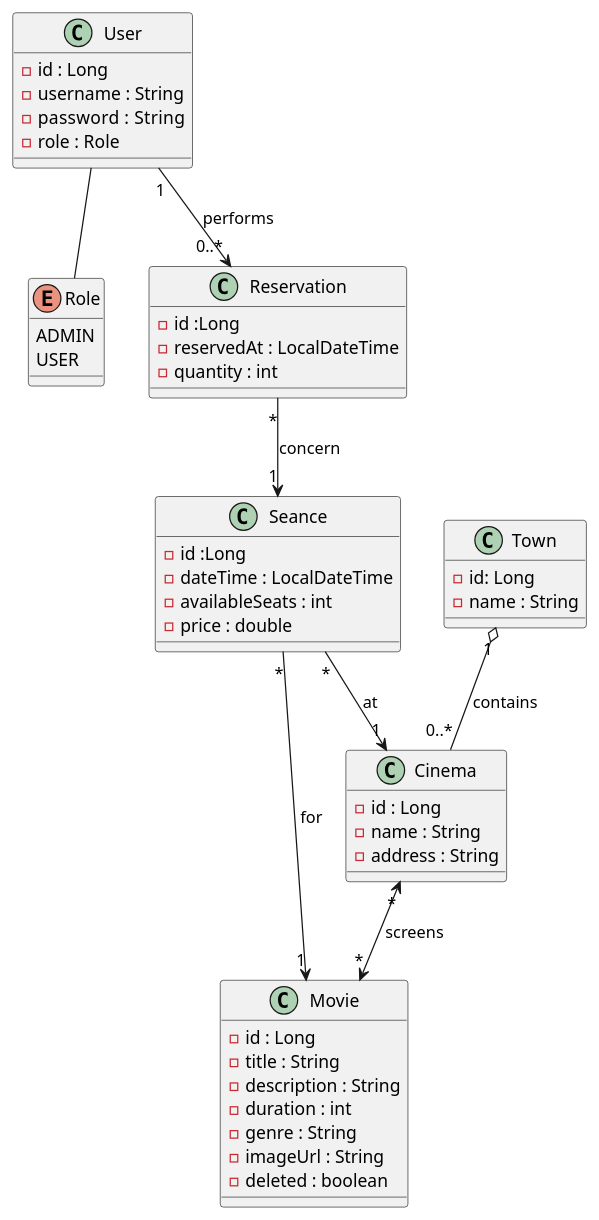
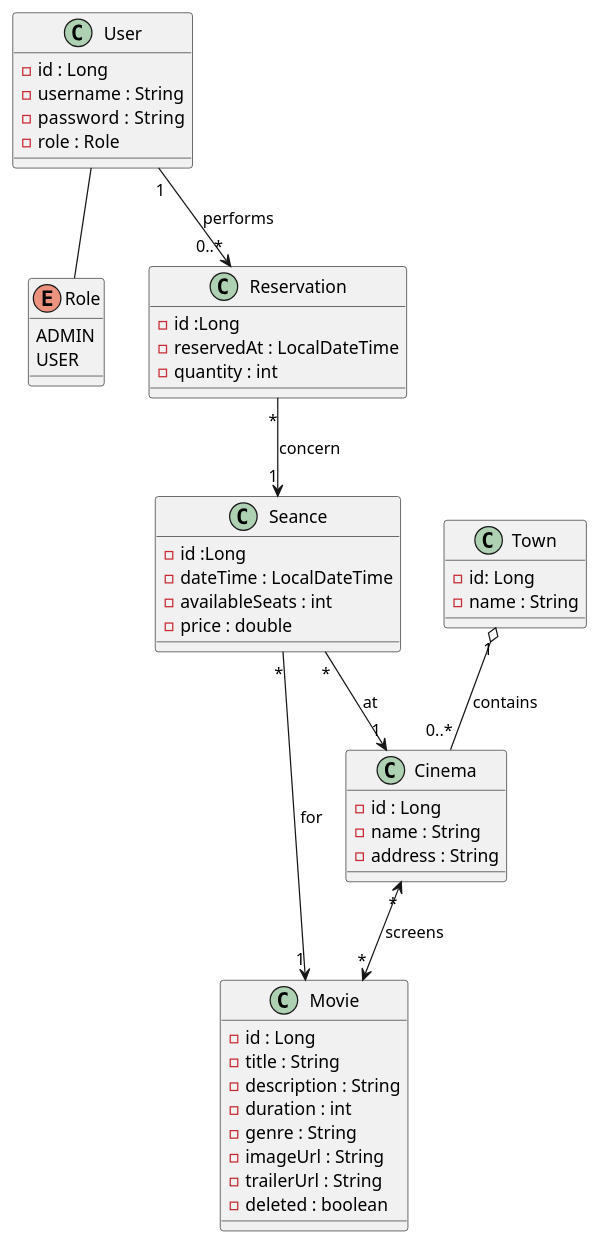
One commit to john7440/Distopia changed the diagram in docs/02 - Class/Class.puml. Above: the diagram before and after it, drawn with PlantUML. The commit also changed 1 other file, not shown here.

Commit message:
ajout de l'attribut trailerUrl a Movie

```diff
--- a/docs/02 - Class/Class.puml
+++ b/docs/02 - Class/Class.puml
@@ -1,59 +1,60 @@
 @startuml
 
 enum Role {
   ADMIN
   USER
 }
 
 class User {
 - id : Long
 - username : String
 - password  : String
 - role : Role
 }
 
 class Town{
 - id: Long
 - name : String
 }
 
 class Cinema{
 - id : Long
 - name : String
 - address : String
 }
 
 class Movie{
 - id : Long
 - title : String
 - description : String
 - duration : int
 - genre : String
 - imageUrl : String
+- trailerUrl : String
 - deleted : boolean
 
 }
 
 class Seance {
 - id :Long
 - dateTime : LocalDateTime
 - availableSeats : int
 - price : double
 }
 
 class Reservation {
 -id :Long
 - reservedAt : LocalDateTime
 - quantity : int
 }
 
 User -- Role
 
 Cinema "*" <--> "*" Movie : screens
 Town "1" o-- "0..*" Cinema : contains
 Seance "*" --> "1" Movie : for
 Seance "*" --> "1" Cinema : at
 User "1" --> "0..*" Reservation : performs
 Reservation "*" --> "1" Seance : concern
 
 @enduml
```
